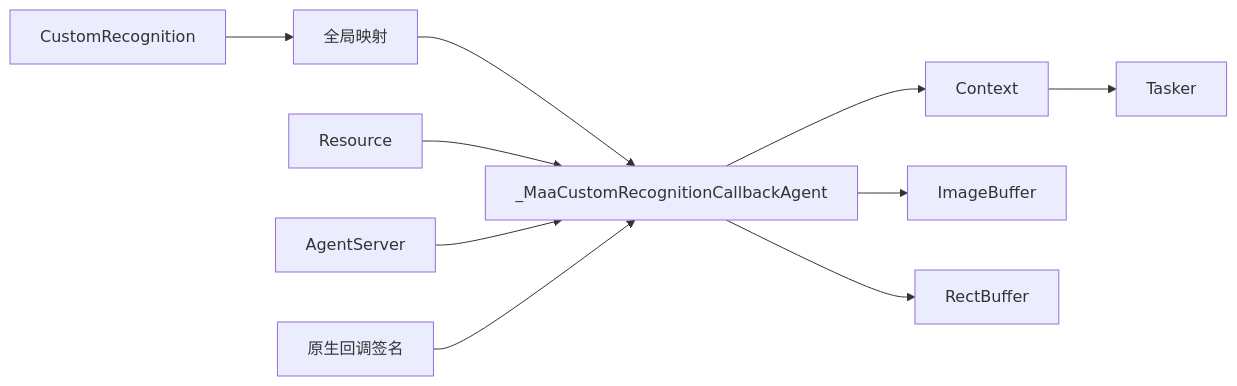
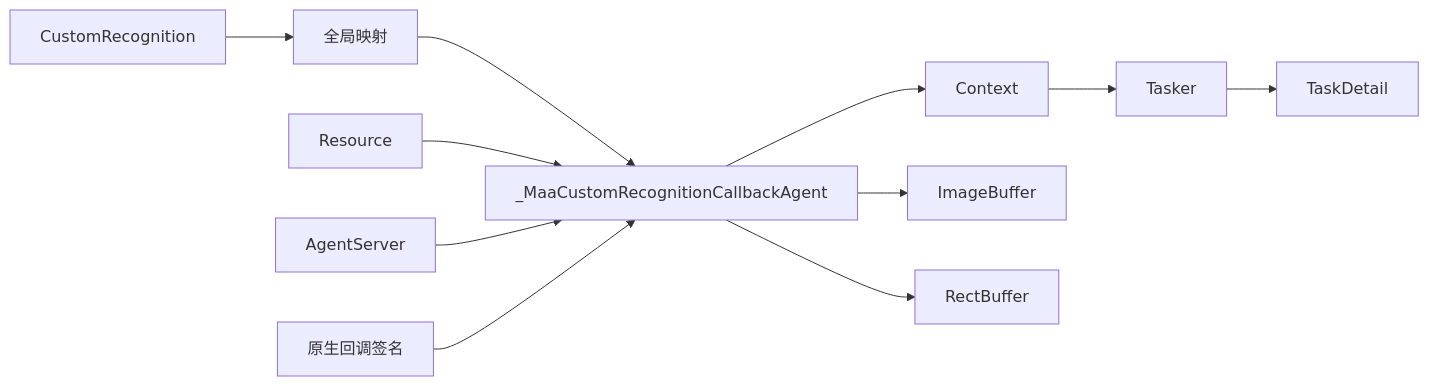
The eighth of 8 diagrams in instructions/maafw-golang-binding/高级功能/自定义识别.md (kqcoxn/MaaPipelineEditor), drawn with Mermaid before and after one commit. The commit also changed other lines of this file and 7 other files, not shown here.

````diff
--- a/instructions/maafw-golang-binding/高级功能/自定义识别.md
+++ b/instructions/maafw-golang-binding/高级功能/自定义识别.md
@@ -371,12 +418,13 @@
 ```mermaid
 graph LR
 CR["CustomRecognition"] --> Map["全局映射"]
 Map --> CB["_MaaCustomRecognitionCallbackAgent"]
 CB --> Ctx["Context"]
 CB --> Img["ImageBuffer"]
 CB --> Rect["RectBuffer"]
 Ctx --> Tasker["Tasker"]
+Tasker --> TaskDetail["TaskDetail"]
 Res["Resource"] --> CB
 Agent["AgentServer"] --> CB
 Native["原生回调签名"] --> CB
 ```
````
